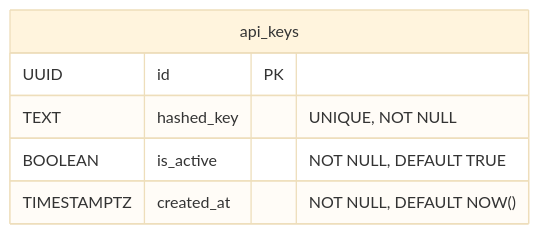
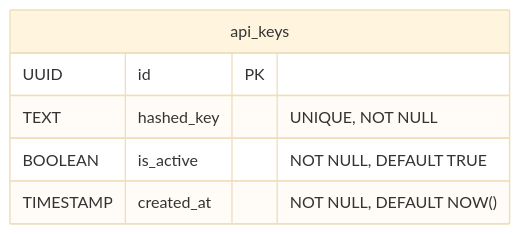
The diagram in specs/002-api-key-auth/data-model.md (an920107/gemini-api-proxy), drawn with Mermaid (base theme) before and after one commit. The commit also changed other lines of this file, not shown here.

Commit message:
fix: timestamp type in data-model document

````diff
--- a/specs/002-api-key-auth/data-model.md
+++ b/specs/002-api-key-auth/data-model.md
@@ -14,9 +14,9 @@
 ```mermaid
 erDiagram
     api_keys {
         UUID id PK
         TEXT hashed_key "UNIQUE, NOT NULL"
         BOOLEAN is_active "NOT NULL, DEFAULT TRUE"
-        TIMESTAMPTZ created_at "NOT NULL, DEFAULT NOW()"
+        TIMESTAMP created_at "NOT NULL, DEFAULT NOW()"
     }
 ```
````
